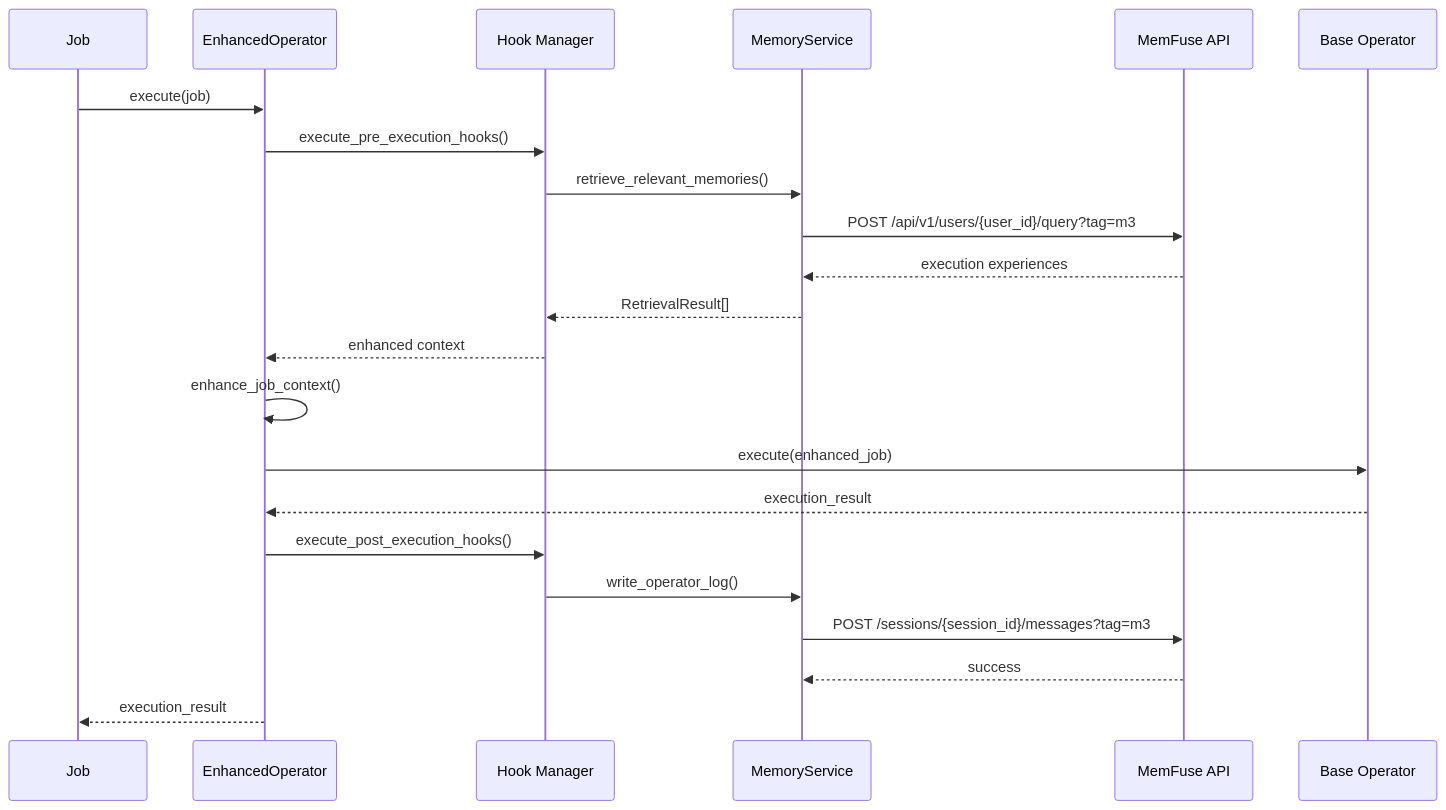
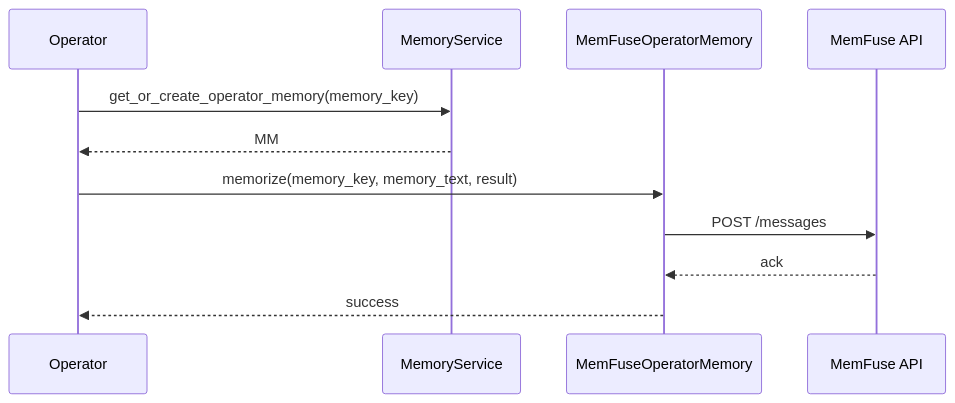
Before and after one commit to TuGraph-family/chat2graph: the fourth of 4 diagrams in doc/en-us/principle/memory.md, drawn with Mermaid. The commit also changed other lines of this file and 70 other files, not shown here.

````diff
--- a/doc/en-us/principle/memory.md
+++ b/doc/en-us/principle/memory.md
@@ -144,25 +122,14 @@
 ```mermaid
 sequenceDiagram
-    participant J as Job
-    participant EO as EnhancedOperator
-    participant H as Hook Manager
+    participant OP as Operator
     participant MS as MemoryService
+    participant MM as MemFuseOperatorMemory
     participant MF as MemFuse API
-    participant BO as Base Operator
 
-    J->>EO: execute(job)
-    EO->>H: execute_pre_execution_hooks()
-    H->>MS: retrieve_relevant_memories()
-    MS->>MF: POST /api/v1/users/{user_id}/query?tag=m3
-    MF-->>MS: execution experiences
-    MS-->>H: RetrievalResult[]
-    H-->>EO: enhanced context
-    EO->>EO: enhance_job_context()
-    EO->>BO: execute(enhanced_job)
-    BO-->>EO: execution_result
-    EO->>H: execute_post_execution_hooks()
-    H->>MS: write_operator_log()
-    MS->>MF: POST /sessions/{session_id}/messages?tag=m3
-    MF-->>MS: success
-    EO-->>J: execution_result
+    OP->>MS: get_or_create_operator_memory(memory_key)
+    MS-->>OP: MM
+    OP->>MM: memorize(memory_key, memory_text, result)
+    MM->>MF: POST /messages
+    MF-->>MM: ack
+    MM-->>OP: success
 ```
````
